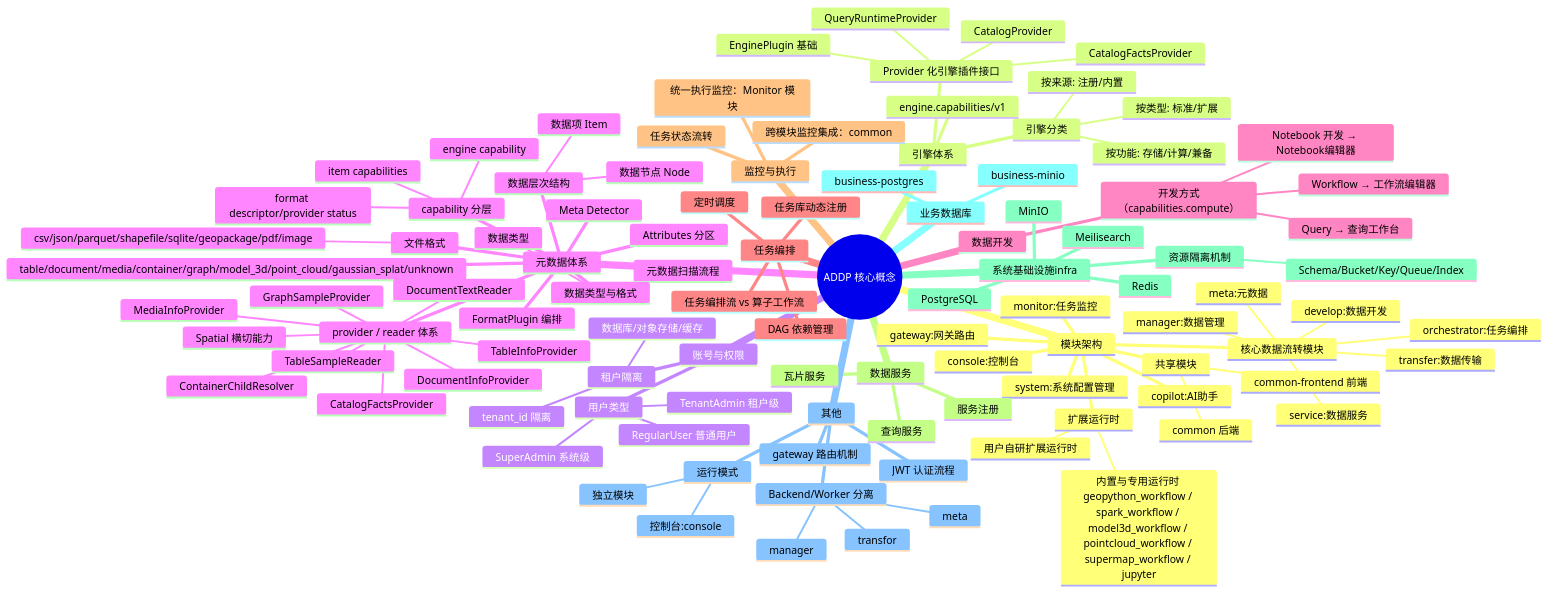
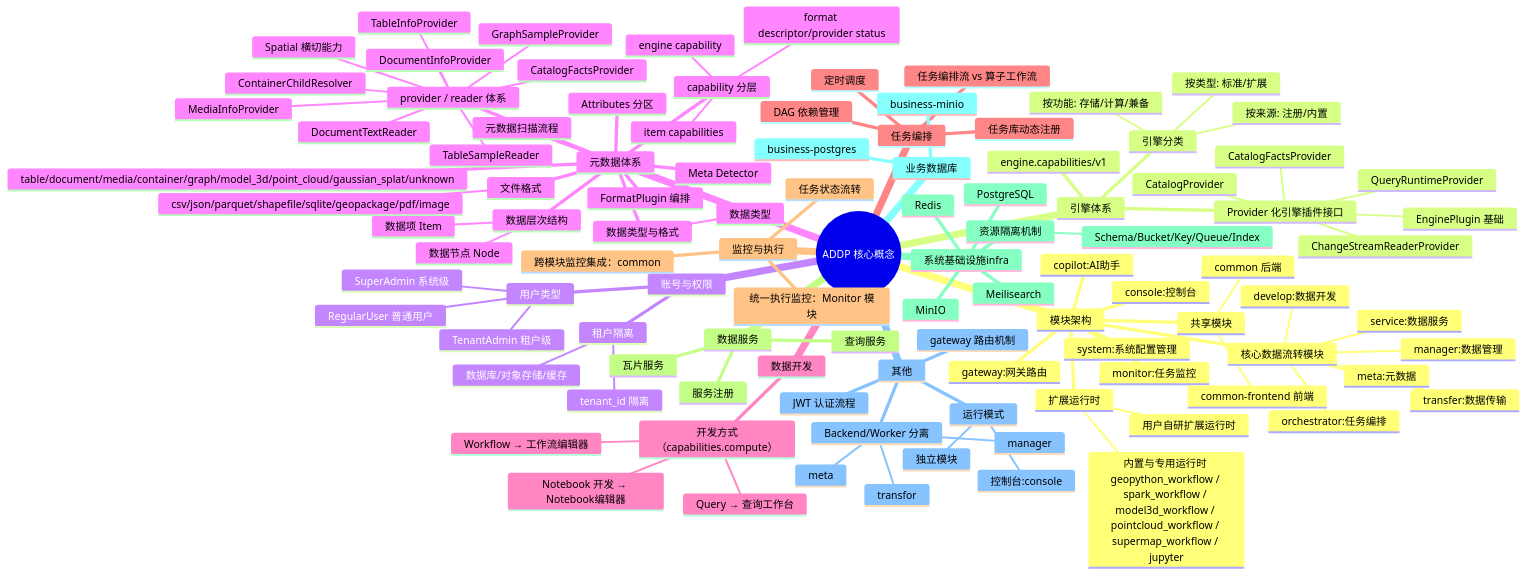
One commit to pampa0629/addp changed the first of 2 diagrams in docs/concepts/addp核心概念关系图.md. Above: the diagram before and after it, drawn with Mermaid. The commit also changed 291 other files, not shown here.

```diff
--- a/docs/concepts/addp核心概念关系图.md
+++ b/docs/concepts/addp核心概念关系图.md
@@ -43,6 +43,7 @@
         EnginePlugin 基础
         CatalogProvider
         CatalogFactsProvider
+        ChangeStreamReaderProvider
         QueryRuntimeProvider
       引擎分类
         按功能: 存储/计算/兼备
```
